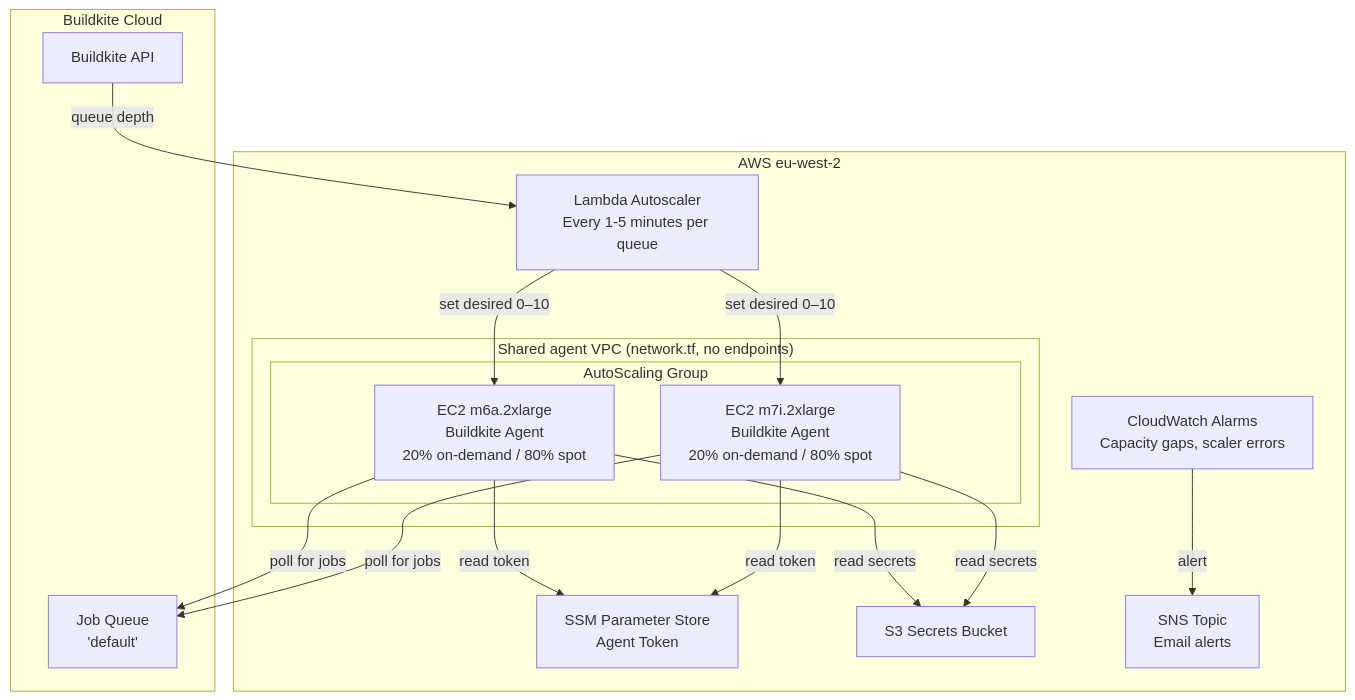
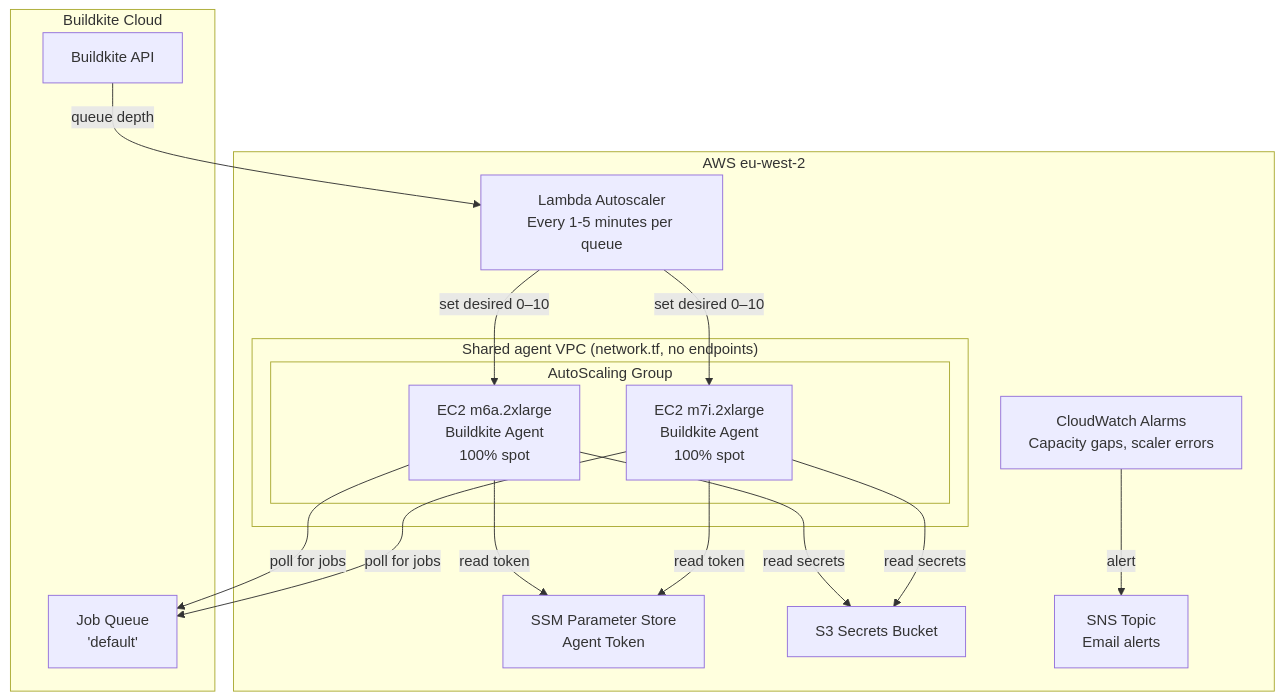
Before and after one commit to mock-server/mockserver-monorepo: the first of 4 diagrams in terraform/buildkite-agents/README.md, drawn with Mermaid. The commit also changed other lines of this file and 39 other files, not shown here.

````diff
--- a/terraform/buildkite-agents/README.md
+++ b/terraform/buildkite-agents/README.md
@@ -7,38 +7,38 @@
 ```mermaid
 flowchart TB
     subgraph "Buildkite Cloud"
         BK_API[Buildkite API]
         BK_QUEUE["Job Queue
 'default'"]
     end
 
     subgraph "AWS eu-west-2"
         subgraph "Shared agent VPC (network.tf, no endpoints)"
             subgraph "AutoScaling Group"
                 EC2_1["EC2 m6a.2xlarge
 Buildkite Agent
-20% on-demand / 80% spot"]
+100% spot"]
                 EC2_2["EC2 m7i.2xlarge
 Buildkite Agent
-20% on-demand / 80% spot"]
+100% spot"]
             end
         end
         SCALER["Lambda Autoscaler
 Every 1-5 minutes per queue"]
         SSM["SSM Parameter Store
 Agent Token"]
         S3_SECRETS[S3 Secrets Bucket]
         CW_ALARMS["CloudWatch Alarms
 Capacity gaps, scaler errors"]
         SNS["SNS Topic
 Email alerts"]
     end
     
     CW_ALARMS -->|alert| SNS
 
     BK_API -->|queue depth| SCALER
     SCALER -->|set desired 0–10| EC2_1 & EC2_2
     EC2_1 & EC2_2 -->|poll for jobs| BK_QUEUE
     EC2_1 & EC2_2 -->|read token| SSM
     EC2_1 & EC2_2 -->|read secrets| S3_SECRETS
 ```
````
